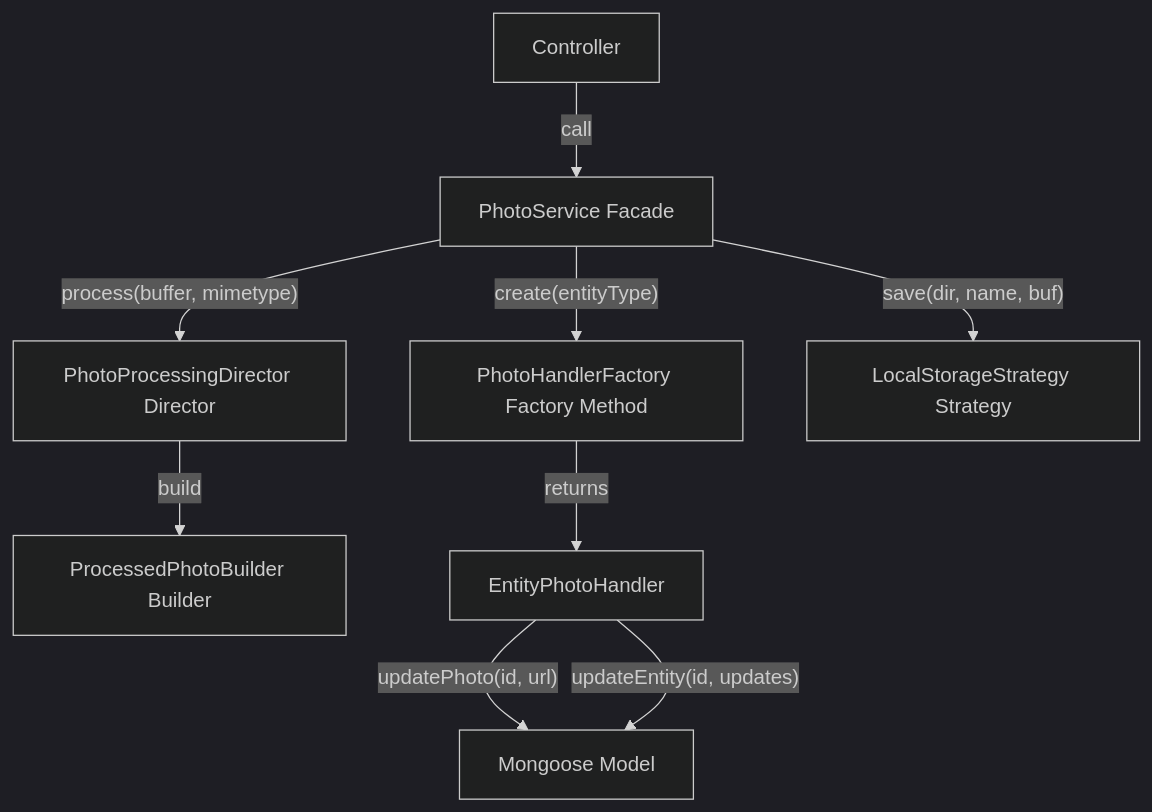
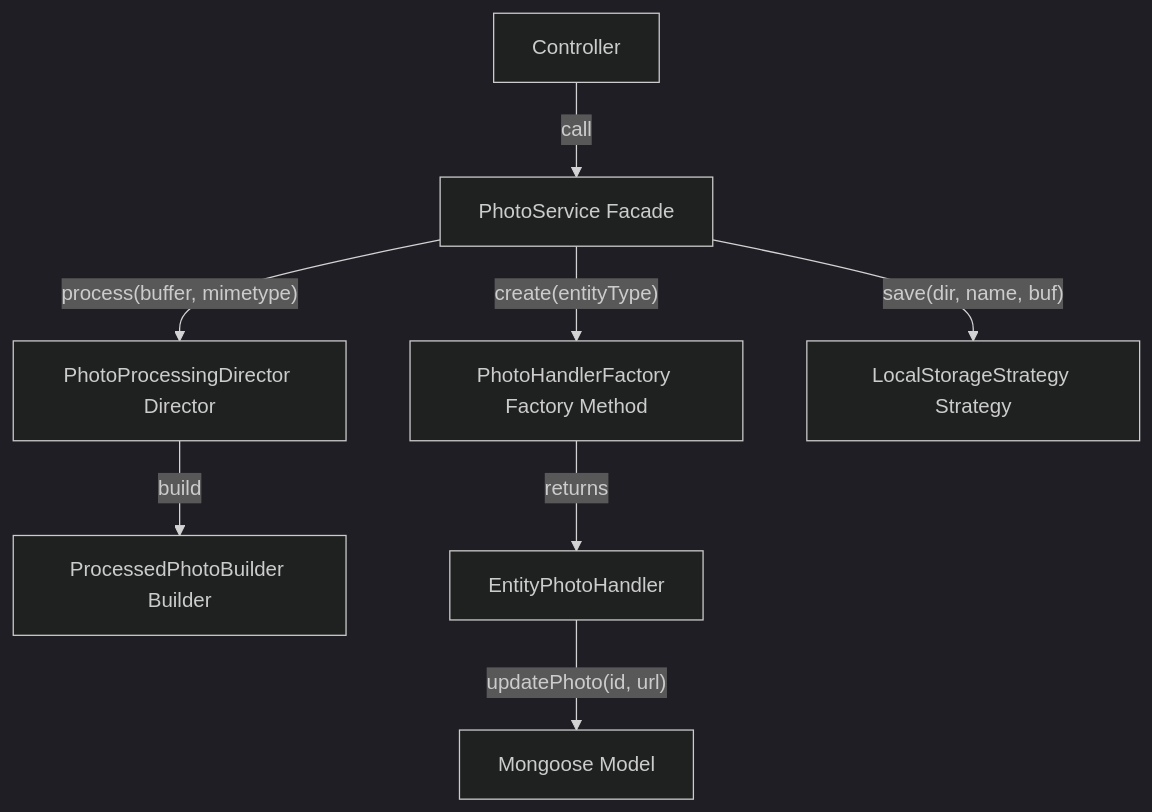
Before and after one commit to GregCMills/IFN636-Assignment-1-2: the diagram in backend-design-patterns.md, drawn with Mermaid (dark theme). The commit also changed other lines of this file and 8 other files, not shown here.

````diff
--- a/backend-design-patterns.md
+++ b/backend-design-patterns.md
@@ -1160,11 +1158,10 @@
 ```mermaid
 flowchart TD
     Client[Controller] -->|call| Facade[PhotoService Facade]
     Facade -->|"create(entityType)"| Factory[PhotoHandlerFactory Factory Method]
     Facade -->|"process(buffer, mimetype)"| Director[PhotoProcessingDirector Director]
     Director -->|build| Builder[ProcessedPhotoBuilder Builder]
     Facade -->|"save(dir, name, buf)"| Strategy[LocalStorageStrategy Strategy]
     Factory -->|returns| Handler[EntityPhotoHandler]
     Handler -->|"updatePhoto(id, url)"| Model[Mongoose Model]
-    Handler -->|"updateEntity(id, updates)"| Model
 ```
````
